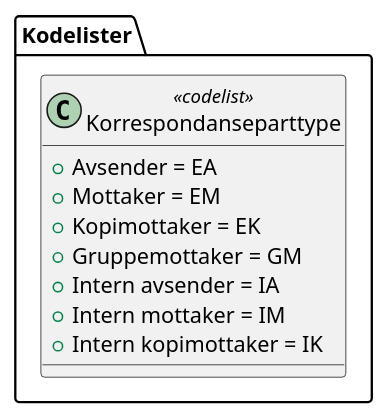
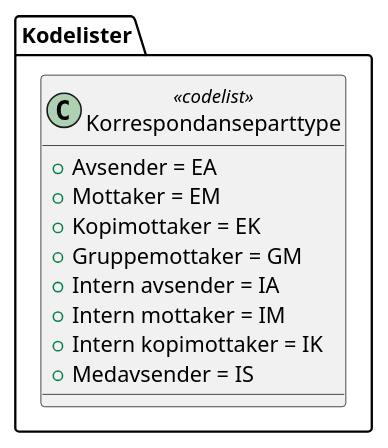
The diagram in kapitler/media/uml-codelist-korrespondanseparttype.iuml (arkivverket/noark5-tjenestegrensesnitt-standard), drawn with PlantUML before and after one commit. The commit also changed 4 other files, not shown here.

```diff
--- a/kapitler/media/uml-codelist-korrespondanseparttype.iuml
+++ b/kapitler/media/uml-codelist-korrespondanseparttype.iuml
@@ -1,11 +1,12 @@
 @startuml
 class Kodelister.Korrespondanseparttype <<codelist>> {
   +Avsender = EA
   +Mottaker = EM
   +Kopimottaker = EK
   +Gruppemottaker = GM
   +Intern avsender = IA
   +Intern mottaker = IM
   +Intern kopimottaker = IK
+  +Medavsender = IS
 }
 @enduml
```
